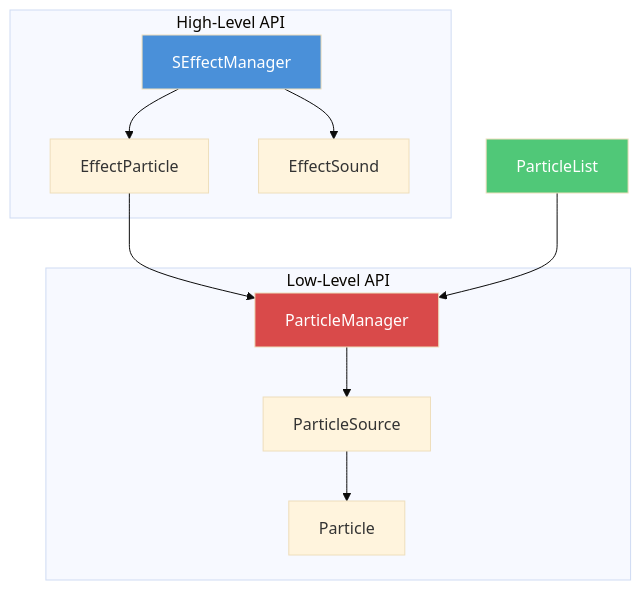
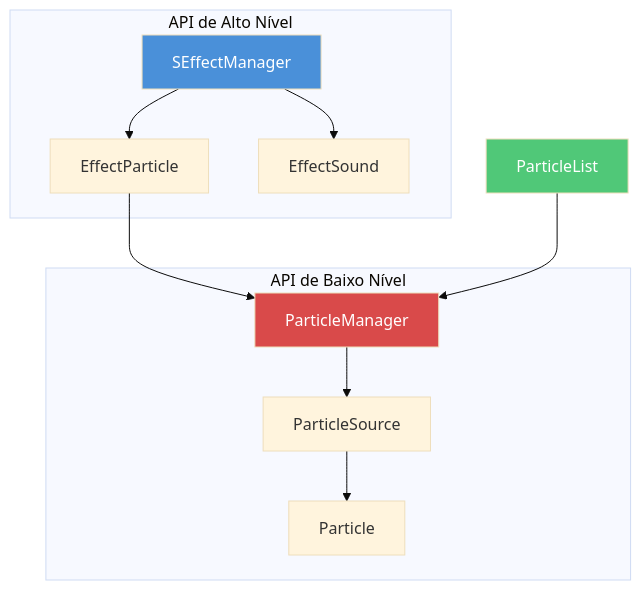
Before and after one commit to StarDZ-Team/DayZ-Modding-Wiki: the diagram in pt/06-engine-api/20-particle-effects.md, drawn with Mermaid (base theme). The commit also changed other lines of this file and 11 other files, not shown here.

````diff
--- a/pt/06-engine-api/20-particle-effects.md
+++ b/pt/06-engine-api/20-particle-effects.md
@@ -26,17 +26,17 @@
 ```mermaid
 graph TB
-    subgraph "High-Level API"
+    subgraph "API de Alto Nível"
         SEM[SEffectManager] --> EP[EffectParticle]
         SEM --> ES[EffectSound]
     end
-    subgraph "Low-Level API"
+    subgraph "API de Baixo Nível"
         PM[ParticleManager] --> PS[ParticleSource]
         PS --> P[Particle]
     end
     EP --> PM
     PL[ParticleList] --> PM
 
     style SEM fill:#4A90D9,color:#fff
     style PM fill:#D94A4A,color:#fff
     style PL fill:#50C878,color:#fff
 ```
````
